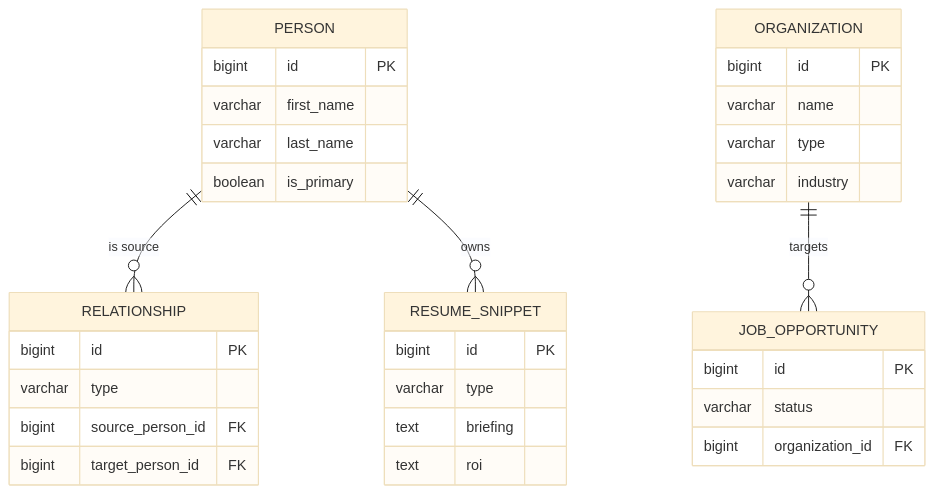
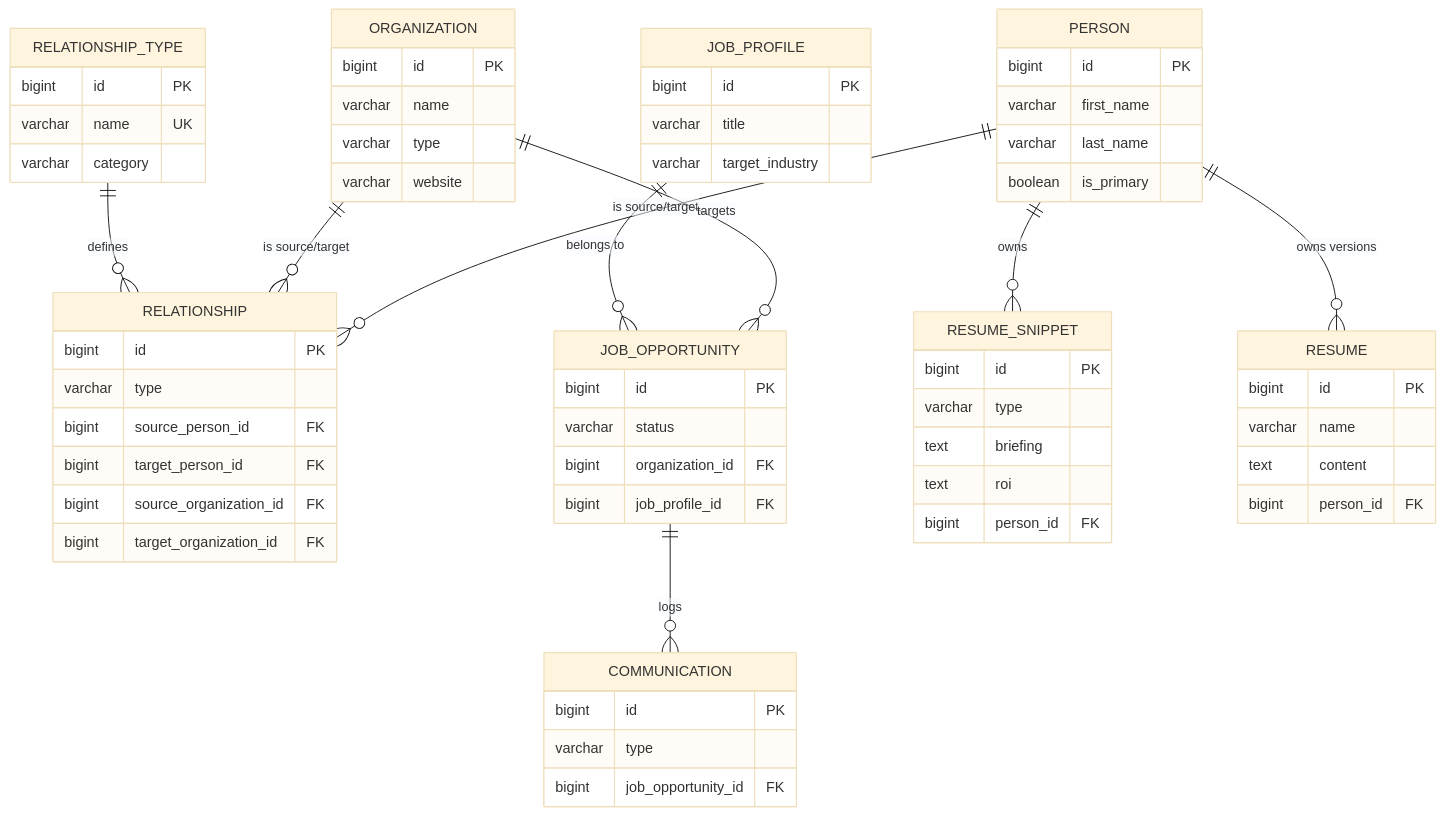
The diagram in docs/ARCHITECTURE.md (kbi101/20260218), drawn with Mermaid (base theme) before and after one commit.

Commit message:
Synchronized architectural data model with 100% table coverage (Mermaid ERD update).

````diff
--- a/docs/ARCHITECTURE.md
+++ b/docs/ARCHITECTURE.md
@@ -28,36 +28,66 @@
 ```mermaid
 erDiagram
     PERSON {
         bigint id PK
         varchar first_name
         varchar last_name
         boolean is_primary
     }
     ORGANIZATION {
         bigint id PK
         varchar name
         varchar type
-        varchar industry
+        varchar website
     }
     RELATIONSHIP {
         bigint id PK
         varchar type
         bigint source_person_id FK
         bigint target_person_id FK
+        bigint source_organization_id FK
+        bigint target_organization_id FK
+    }
+    RELATIONSHIP_TYPE {
+        bigint id PK
+        varchar name UK
+        varchar category
+    }
+    JOB_PROFILE {
+        bigint id PK
+        varchar title
+        varchar target_industry
+    }
+    JOB_OPPORTUNITY {
+        bigint id PK
+        varchar status
+        bigint organization_id FK
+        bigint job_profile_id FK
     }
     RESUME_SNIPPET {
         bigint id PK
         varchar type
         text briefing
         text roi
+        bigint person_id FK
     }
-    JOB_OPPORTUNITY {
+    RESUME {
         bigint id PK
-        varchar status
-        bigint organization_id FK
+        varchar name
+        text content
+        bigint person_id FK
+    }
+    COMMUNICATION {
+        bigint id PK
+        varchar type
+        bigint job_opportunity_id FK
     }
     
-    PERSON ||--o{ RELATIONSHIP : "is source"
+    PERSON ||--o{ RELATIONSHIP : "is source/target"
     PERSON ||--o{ RESUME_SNIPPET : "owns"
+    PERSON ||--o{ RESUME : "owns versions"
+    ORGANIZATION ||--o{ RELATIONSHIP : "is source/target"
     ORGANIZATION ||--o{ JOB_OPPORTUNITY : "targets"
+    RELATIONSHIP_TYPE ||--o{ RELATIONSHIP : "defines"
+    JOB_PROFILE ||--o{ JOB_OPPORTUNITY : "belongs to"
+    JOB_OPPORTUNITY ||--o{ COMMUNICATION : "logs"
 ```
````
